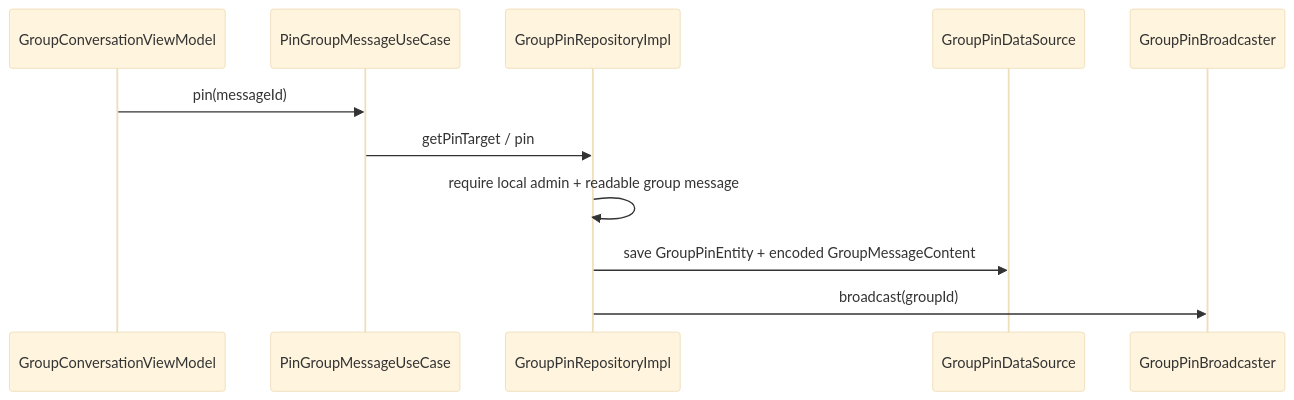
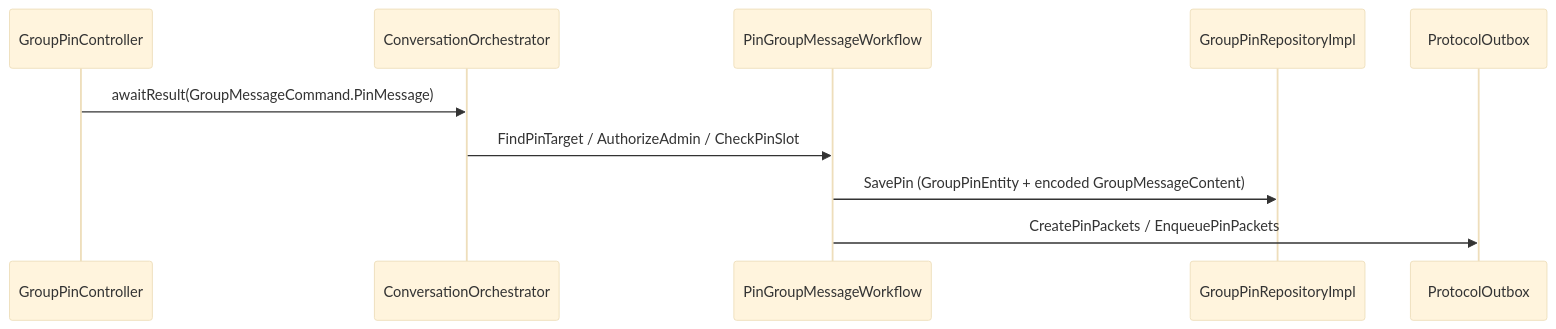
One commit to cbgm/Sparrow changed the diagram in docs/features/pinned-messages.md. Above: the diagram before and after it, drawn with Mermaid (base theme). The commit also changed other lines of this file and 1098 other files, not shown here.

````diff
--- a/docs/features/pinned-messages.md
+++ b/docs/features/pinned-messages.md
@@ -21,14 +26,13 @@
 ```mermaid
 sequenceDiagram
-    participant UI as GroupConversationViewModel
-    participant UC as PinGroupMessageUseCase
+    participant UI as GroupPinController
+    participant ORCH as ConversationOrchestrator
+    participant WF as PinGroupMessageWorkflow
     participant R as GroupPinRepositoryImpl
-    participant DB as GroupPinDataSource
-    participant B as GroupPinBroadcaster
+    participant OUT as ProtocolOutbox
 
-    UI->>UC: pin(messageId)
-    UC->>R: getPinTarget / pin
-    R->>R: require local admin + readable group message
-    R->>DB: save GroupPinEntity + encoded GroupMessageContent
-    R->>B: broadcast(groupId)
+    UI->>ORCH: awaitResult(GroupMessageCommand.PinMessage)
+    ORCH->>WF: FindPinTarget / AuthorizeAdmin / CheckPinSlot
+    WF->>R: SavePin (GroupPinEntity + encoded GroupMessageContent)
+    WF->>OUT: CreatePinPackets / EnqueuePinPackets
 ```
````
